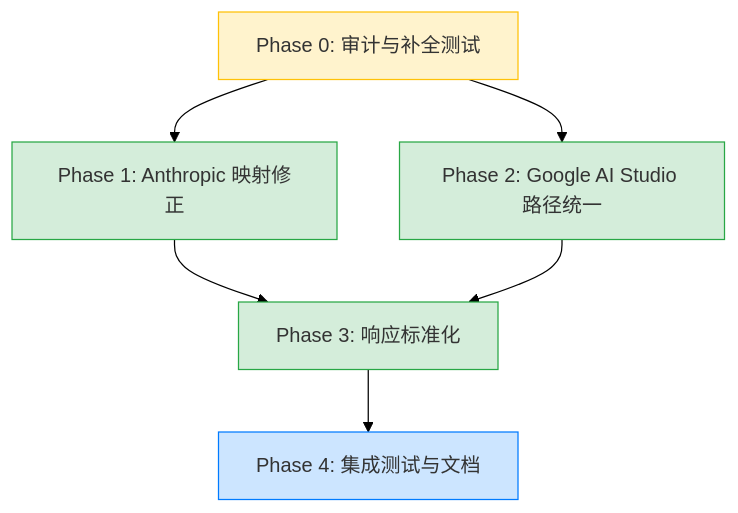
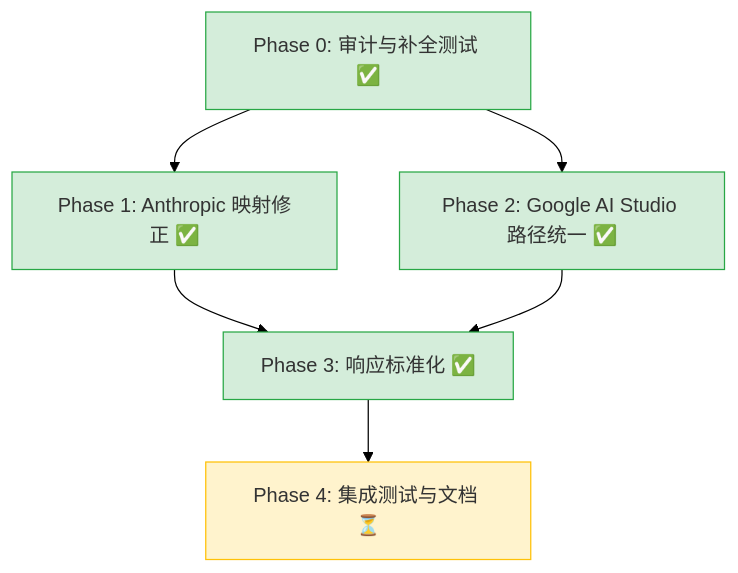
Before and after one commit to xandersbell/chainr: the diagram in docs/plan/SCHEMA_NORMALIZATION_PLAN.md, drawn with Mermaid (forest theme). The commit also changed other lines of this file, not shown here.

First line of the commit message:
docs: update schema normalization plan with Phase 0-3 completion status

````diff
--- a/docs/plan/SCHEMA_NORMALIZATION_PLAN.md
+++ b/docs/plan/SCHEMA_NORMALIZATION_PLAN.md
@@ -248,20 +206,20 @@
 ```mermaid
 graph TD
-    P0["Phase 0: 审计与补全测试"]
-    P1["Phase 1: Anthropic 映射修正"]
-    P2["Phase 2: Google AI Studio 路径统一"]
-    P3["Phase 3: 响应标准化"]
-    P4["Phase 4: 集成测试与文档"]
+    P0["Phase 0: 审计与补全测试 ✅"]
+    P1["Phase 1: Anthropic 映射修正 ✅"]
+    P2["Phase 2: Google AI Studio 路径统一 ✅"]
+    P3["Phase 3: 响应标准化 ✅"]
+    P4["Phase 4: 集成测试与文档 ⏳"]
 
     P0 --> P1
     P0 --> P2
     P1 --> P3
     P2 --> P3
     P3 --> P4
 
-    style P0 fill:#fff3cd,stroke:#ffc107,color:#333
+    style P0 fill:#d4edda,stroke:#28a745,color:#333
     style P1 fill:#d4edda,stroke:#28a745,color:#333
     style P2 fill:#d4edda,stroke:#28a745,color:#333
     style P3 fill:#d4edda,stroke:#28a745,color:#333
-    style P4 fill:#cce5ff,stroke:#007bff,color:#333
+    style P4 fill:#fff3cd,stroke:#ffc107,color:#333
 ```
````
